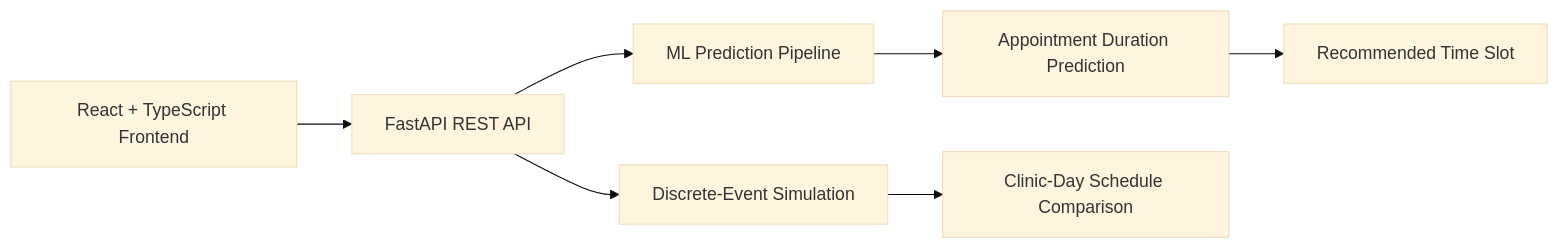
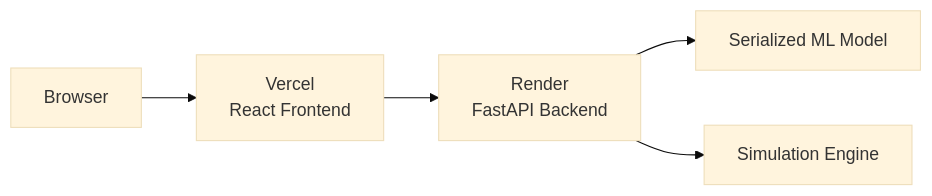
The third of 5 diagrams in README.md (Ixhi08/smart-scheduling), drawn with Mermaid (base theme) before and after one commit. The commit also changed other lines of this file, not shown here.

````diff
--- a/README.md
+++ b/README.md
@@ -70,9 +243,7 @@
 ```mermaid
 flowchart LR
-    A[React + TypeScript Frontend] --> B[FastAPI REST API]
-    B --> C[ML Prediction Pipeline]
-    B --> D[Discrete-Event Simulation]
-    C --> E[Appointment Duration Prediction]
-    E --> F[Recommended Time Slot]
-    D --> G[Clinic-Day Schedule Comparison]
+    A["Browser"] --> B["Vercel<br/>React Frontend"]
+    B --> C["Render<br/>FastAPI Backend"]
+    C --> D["Serialized ML Model"]
+    C --> E["Simulation Engine"]
 ```
````
